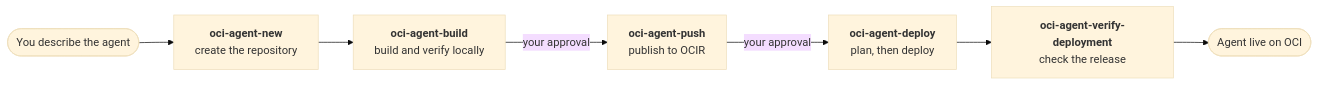
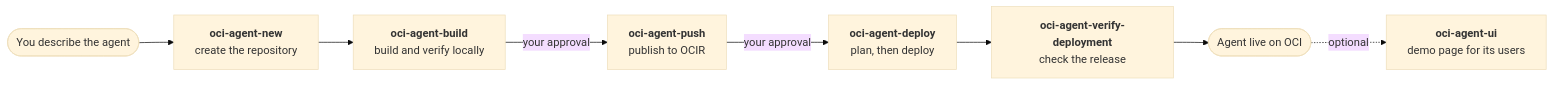
One commit to luigisaetta/codex-4-oci-enterprise-ai-deployment changed the first of 2 diagrams in README.md. Above: the diagram before and after it, drawn with Mermaid (base theme). The commit also changed other lines of this file and 24 other files, not shown here.

Commit message:
Add oci-agent-ui skill for local end-user demo pages (Spec 018)

````diff
--- a/README.md
+++ b/README.md
@@ -45,9 +45,10 @@
 ```mermaid
 flowchart LR
     You(["You describe the agent"]) --> New["<b>oci-agent-new</b><br/>create the repository"]
     New --> Build["<b>oci-agent-build</b><br/>build and verify locally"]
     Build -- "your approval" --> Push["<b>oci-agent-push</b><br/>publish to OCIR"]
     Push -- "your approval" --> Deploy["<b>oci-agent-deploy</b><br/>plan, then deploy"]
     Deploy --> Verify["<b>oci-agent-verify-deployment</b><br/>check the release"]
     Verify --> Live(["Agent live on OCI"])
+    Live -. "optional" .-> UI["<b>oci-agent-ui</b><br/>demo page for its users"]
 ```
````
